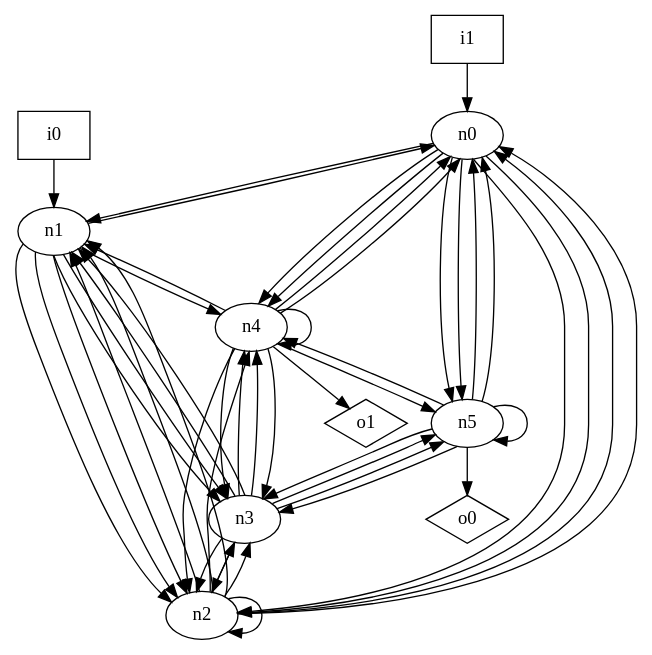
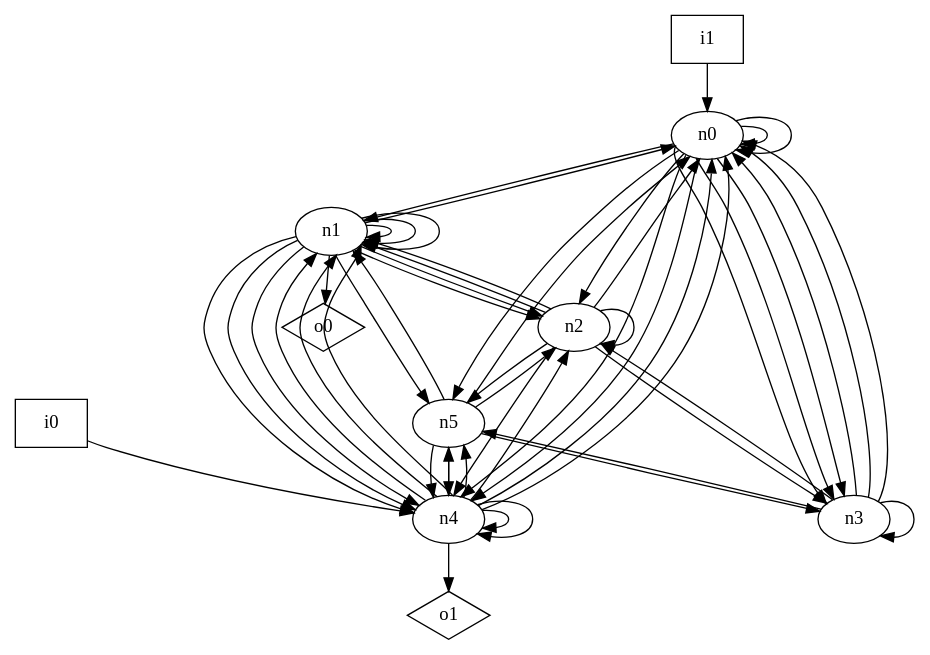
One commit to p9romain/bool-circuits changed the diagram in dot_files/random/random_undirected_graph.dot. Above: the diagram before and after it, drawn with Graphviz. The commit also changed 25 other files, not shown here.

Commit message:
Finish (except random graph)

```diff
--- a/dot_files/random/random_undirected_graph.dot
+++ b/dot_files/random/random_undirected_graph.dot
@@ -1,61 +1,65 @@
 digraph G {
 n0 [label="n0"];
 n1 [label="n1"];
 n2 [label="n2"];
 n3 [label="n3"];
 n4 [label="n4"];
 n5 [label="n5"];
 n6 [label="i0",shape="box"];
 n7 [label="i1",shape="box"];
 n8 [label="o0",shape="diamond"];
 n9 [label="o1",shape="diamond"];
+n0 -> n0
+n0 -> n0
 n0 -> n1
 n0 -> n2
-n0 -> n2
+n0 -> n3
+n0 -> n3
+n0 -> n3
 n0 -> n4
 n0 -> n4
 n0 -> n5
-n0 -> n5
 n1 -> n0
+n1 -> n1
+n1 -> n1
+n1 -> n1
 n1 -> n2
 n1 -> n2
-n1 -> n2
-n1 -> n3
-n1 -> n3
 n1 -> n4
+n1 -> n4
+n1 -> n4
+n1 -> n5
+n1 -> n8
 n2 -> n0
-n2 -> n0
-n2 -> n1
 n2 -> n1
 n2 -> n1
 n2 -> n2
 n2 -> n3
-n2 -> n3
 n2 -> n4
-n3 -> n1
-n3 -> n1
+n2 -> n5
+n3 -> n0
+n3 -> n0
+n3 -> n0
 n3 -> n2
-n3 -> n2
-n3 -> n4
-n3 -> n4
-n3 -> n5
+n3 -> n3
 n3 -> n5
 n4 -> n0
 n4 -> n0
 n4 -> n1
+n4 -> n1
+n4 -> n1
 n4 -> n2
-n4 -> n3
-n4 -> n3
 n4 -> n4
+n4 -> n4
+n4 -> n5
 n4 -> n5
 n4 -> n9
 n5 -> n0
-n5 -> n0
-n5 -> n3
+n5 -> n1
+n5 -> n2
 n5 -> n3
 n5 -> n4
-n5 -> n5
-n5 -> n8
-n6 -> n1
+n5 -> n4
+n6 -> n4
 n7 -> n0
 }
```
